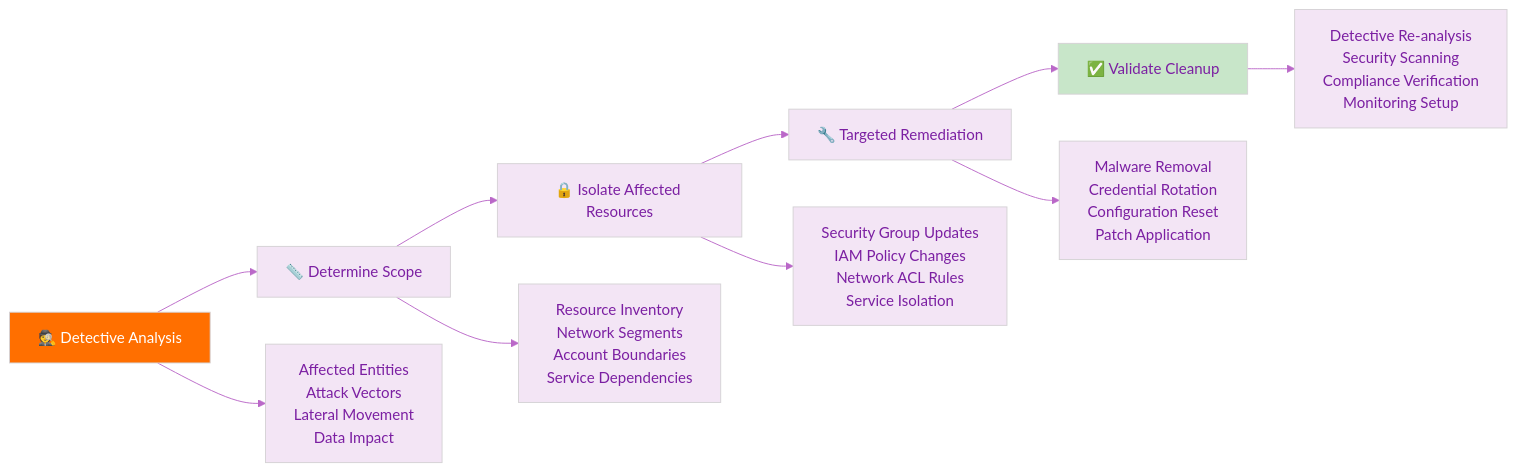
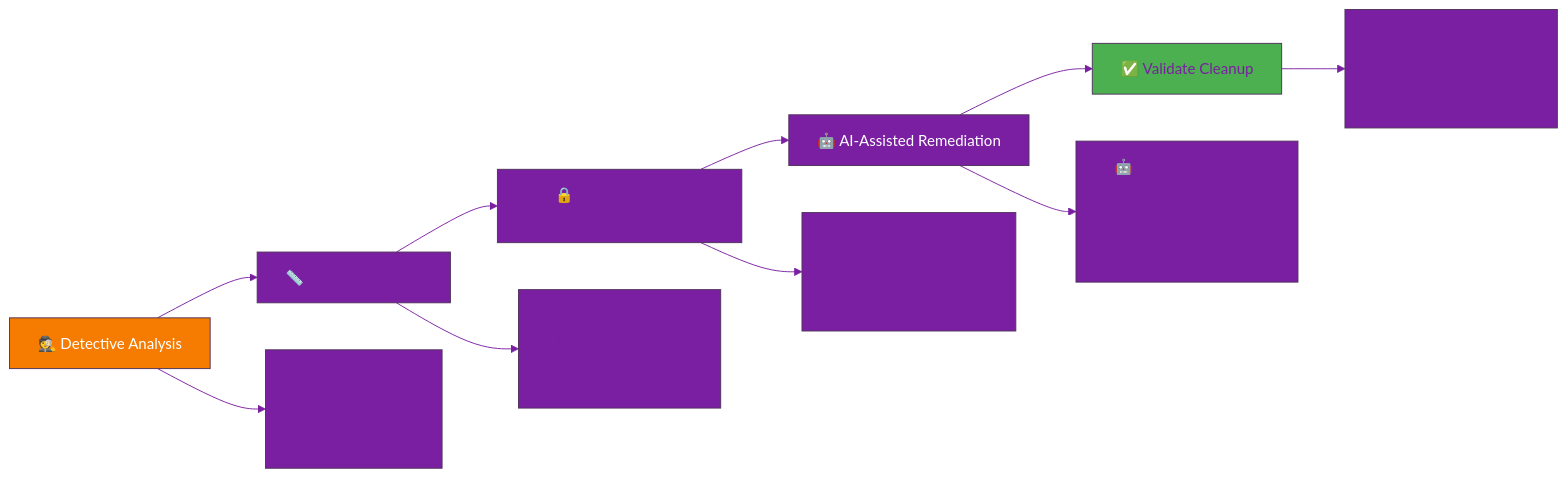
Before and after one commit to Hack23/ISMS-PUBLIC: the eighth of 13 diagrams in Incident_Response_Plan.md, drawn with Mermaid. The commit also changed other lines of this file and 35 other files, not shown here.

````diff
--- a/Incident_Response_Plan.md
+++ b/Incident_Response_Plan.md
@@ -247,30 +573,31 @@
 ```mermaid
 %%{
   init: {
     'theme': 'base',
     'themeVariables': {
-      'primaryColor': '#f3e5f5',
+      'primaryColor': '#7B1FA2',
       'primaryTextColor': '#7b1fa2',
-      'lineColor': '#ba68c8'
+      'lineColor': '#7B1FA2'
     }
   }
 }%%
 flowchart LR
     DETECTIVE[🕵️ Detective Analysis] --> SCOPE[📏 Determine Scope]
     SCOPE --> ISOLATE[🔒 Isolate Affected Resources]
-    ISOLATE --> REMEDIATE[🔧 Targeted Remediation]
-    REMEDIATE --> VALIDATE[✅ Validate Cleanup]
+    ISOLATE --> AI_REMEDIATE[🤖 AI-Assisted Remediation]
+    AI_REMEDIATE --> VALIDATE[✅ Validate Cleanup]
     
     DETECTIVE --> D1[Affected Entities<br/>Attack Vectors<br/>Lateral Movement<br/>Data Impact]
     
     SCOPE --> S1[Resource Inventory<br/>Network Segments<br/>Account Boundaries<br/>Service Dependencies]
     
     ISOLATE --> I1[Security Group Updates<br/>IAM Policy Changes<br/>Network ACL Rules<br/>Service Isolation]
     
-    REMEDIATE --> R1[Malware Removal<br/>Credential Rotation<br/>Configuration Reset<br/>Patch Application]
+    AI_REMEDIATE --> R1[🤖 Security Specialist:<br/>Malware Removal Scripts<br/>Credential Rotation<br/>Configuration Reset<br/>Patch Application]
     
     VALIDATE --> V1[Detective Re-analysis<br/>Security Scanning<br/>Compliance Verification<br/>Monitoring Setup]
     
-    style DETECTIVE fill:#ff6f00,color:#fff
-    style VALIDATE fill:#c8e6c9
+    style DETECTIVE fill:#F57C00,color:#fff
+    style AI_REMEDIATE fill:#7B1FA2,color:#fff
+    style VALIDATE fill:#4CAF50
 ```
````
